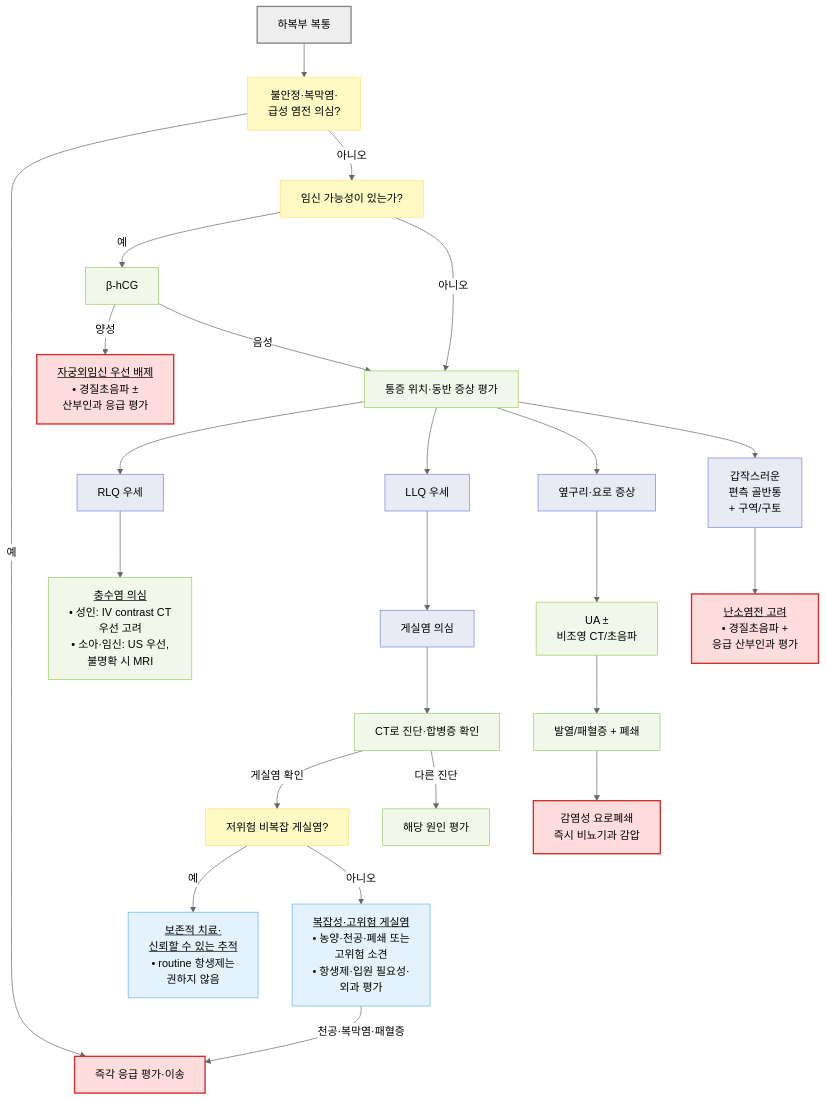
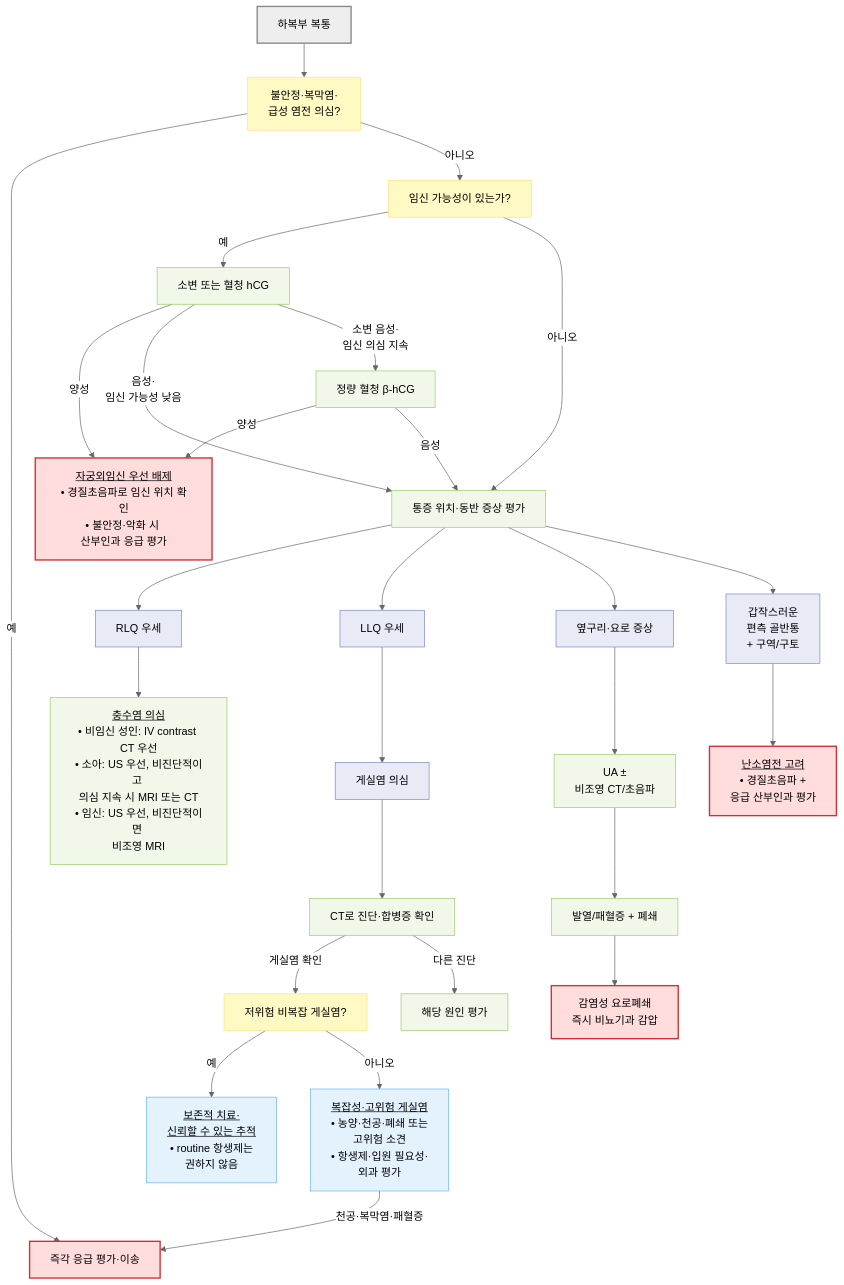
Before and after one commit to familyoh77/familyoh77: the third of 4 diagrams in 220_/003_-abdominal-pain.md, drawn with Mermaid (neutral theme). The commit also changed other lines of this file and 4 other files, not shown here.

````diff
--- a/220_/003_-abdominal-pain.md
+++ b/220_/003_-abdominal-pain.md
@@ -317,38 +321,41 @@
 ```mermaid
 flowchart TD
     A["하복부 복통"] --> U["불안정·복막염·<br/>급성 염전 의심?"]
     U -- "예" --> V["즉각 응급 평가·이송"]
     U -- "아니오" --> B["임신 가능성이 있는가?"]
-    B -- "예" --> C["β-hCG"]
-    C -- "양성" --> E["<u>자궁외임신 우선 배제</u><br/>• 경질초음파 ± <br/>산부인과 응급 평가"]
-    C -- "음성" --> G
+    B -- "예" --> C["소변 또는 혈청 hCG"]
+    C -- "양성" --> E["<u>자궁외임신 우선 배제</u><br/>• 경질초음파로 임신 위치 확인<br/>• 불안정·악화 시 <br/>산부인과 응급 평가"]
+    C -- "음성·<br/>임신 가능성 낮음" --> G
+    C -- "소변 음성·<br/>임신 의심 지속" --> C2["정량 혈청 β-hCG"]
+    C2 -- "양성" --> E
+    C2 -- "음성" --> G
     B -- "아니오" ---> G["통증 위치·동반 증상 평가"]
     G --> H["RLQ 우세"]
-    H --> I["<u>충수염 의심</u><br/>• 성인: IV contrast CT <br/>우선 고려<br/>• 소아·임신: US 우선, <br/>불명확 시 MRI"]
+    H --> I["<u>충수염 의심</u><br/>• 비임신 성인: IV contrast CT 우선<br/>• 소아: US 우선, 비진단적이고 <br/>의심 지속 시 MRI 또는 CT<br/>• 임신: US 우선, 비진단적이면 <br/>비조영 MRI"]
     G --> J["LLQ 우세"]
     J --> K["게실염 의심"]
     K --> L["CT로 진단·합병증 확인"]
     L -- "게실염 확인" --> M["저위험 비복잡 게실염?"]
     L -- "다른 진단" --> X["해당 원인 평가"]
     M -- "예" --> N["<u>보존적 치료·<br/>신뢰할 수 있는 추적</u><br/>• routine 항생제는 <br/>권하지 않음"]
     M -- "아니오" --> W["<u>복잡성·고위험 게실염</u><br/>• 농양·천공·폐쇄 또는 <br/>고위험 소견<br/>• 항생제·입원 필요성·<br/>외과 평가"]
     W -- "천공·복막염·패혈증" --> V
     G --> O["옆구리·요로 증상"]
     O --> P["UA ± <br/>비조영 CT/초음파"]
     P --> Q["발열/패혈증 + 폐쇄"]
     Q --> R["감염성 요로폐쇄<br/>즉시 비뇨기과 감압"]
     G --> S["갑작스러운 <br/>편측 골반통 <br/>+ 구역/구토"]
     S --> T["<u>난소염전 고려</u><br/>• 경질초음파 + <br/>응급 산부인과 평가"]
     classDef start fill:#eeeeee,stroke:#888888,stroke-width:2px
     classDef question fill:#fff9c4,stroke:#ffe082
     classDef emergency fill:#ffdddd,stroke:#d32f2f,stroke-width:2px
     classDef evaluation fill:#f1f8e9,stroke:#9ccc65
     classDef treatment fill:#e3f2fd,stroke:#64b5f6
     classDef followup fill:#e8eaf6,stroke:#7986cb
     class A start
     class U,B,M question
     class V,E,R,T emergency
-    class C,G,I,L,P,Q,X evaluation
+    class C,C2,G,I,L,P,Q,X evaluation
     class N,W treatment
     class H,J,K,O,S followup
 ```
````
